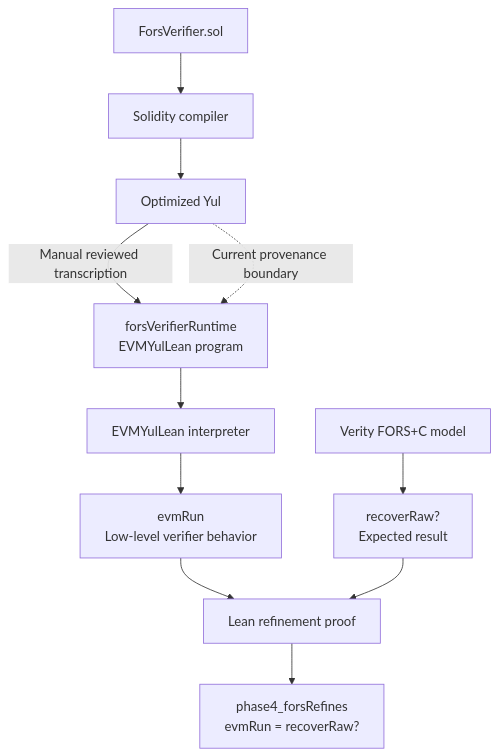
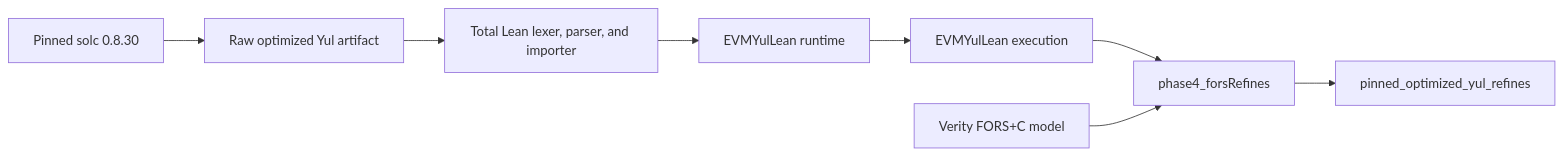
One commit to Solvency-Labs/NiceTry changed the diagram in docs/antonio-briefing.md. Above: the diagram before and after it, drawn with Mermaid. The commit also changed other lines of this file and 20 other files, not shown here.

Commit message:
Verify pinned optimized Yul import in Lean

````diff
--- a/docs/antonio-briefing.md
+++ b/docs/antonio-briefing.md
@@ -120,17 +159,10 @@
 ```mermaid
-flowchart TD
-    A["ForsVerifier.sol"] --> B["Solidity compiler"]
-    B --> C["Optimized Yul"]
-    C -->|"Manual reviewed transcription"| D["forsVerifierRuntime<br/>EVMYulLean program"]
-
-    D --> E["EVMYulLean interpreter"]
-    E --> F["evmRun<br/>Low-level verifier behavior"]
-
-    G["Verity FORS+C model"] --> H["recoverRaw?<br/>Expected result"]
-
-    F --> I["Lean refinement proof"]
-    H --> I
-    I --> J["phase4_forsRefines<br/>evmRun = recoverRaw?"]
-
-    C -. "Current provenance boundary" .-> D
+flowchart LR
+    A["Pinned solc 0.8.30"] --> B["Raw optimized Yul artifact"]
+    B --> C["Total Lean lexer, parser, and importer"]
+    C --> D["EVMYulLean runtime"]
+    D --> E["EVMYulLean execution"]
+    E --> F["phase4_forsRefines"]
+    G["Verity FORS+C model"] --> F
+    F --> H["pinned_optimized_yul_refines"]
 ```
````
